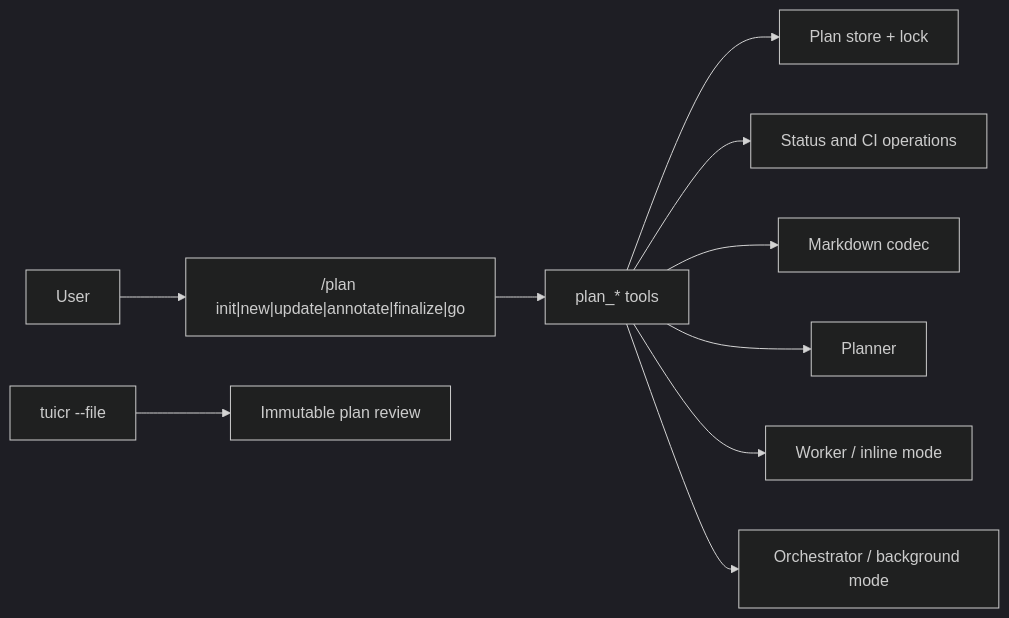
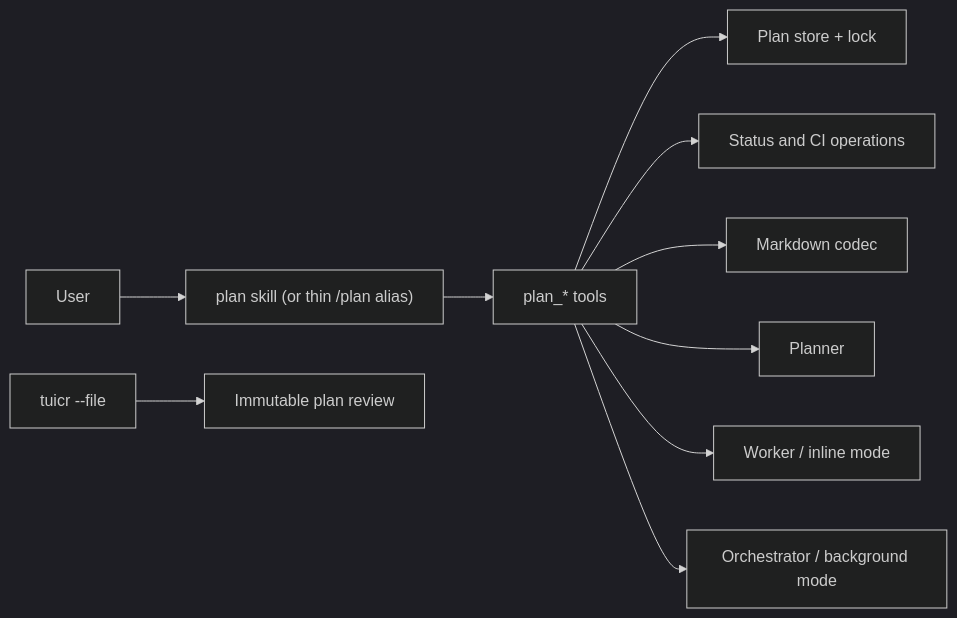
The diagram in docs/architecture/plan.md (difflab-io/diffpi), drawn with Mermaid (dark theme) before and after one commit. The commit also changed other lines of this file and 82 other files, not shown here.

````diff
--- a/docs/architecture/plan.md
+++ b/docs/architecture/plan.md
@@ -22,12 +22,12 @@
 ```mermaid
 flowchart LR
-  User --> Commands["/plan init|new|update|annotate|finalize|go"]
-  Commands --> Tools[plan_* tools]
+  User --> Skill["plan skill (or thin /plan alias)"]
+  Skill --> Tools[plan_* tools]
   Tools --> Store[Plan store + lock]
   Tools --> Operations[Status and CI operations]
   Tools --> Markdown[Markdown codec]
   Tools --> Planner[Planner]
   Tools --> Worker[Worker / inline mode]
   Tools --> Orchestrator[Orchestrator / background mode]
   Annotate["tuicr --file"] --> Review[Immutable plan review]
 ```
````
